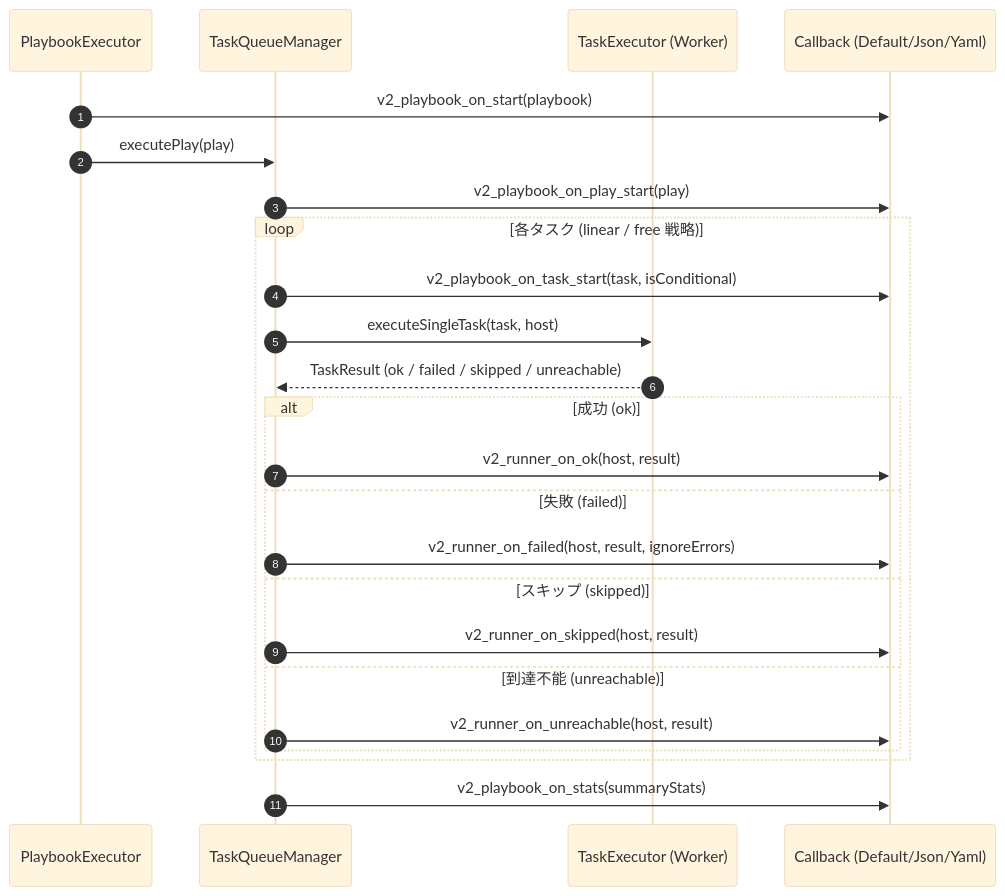
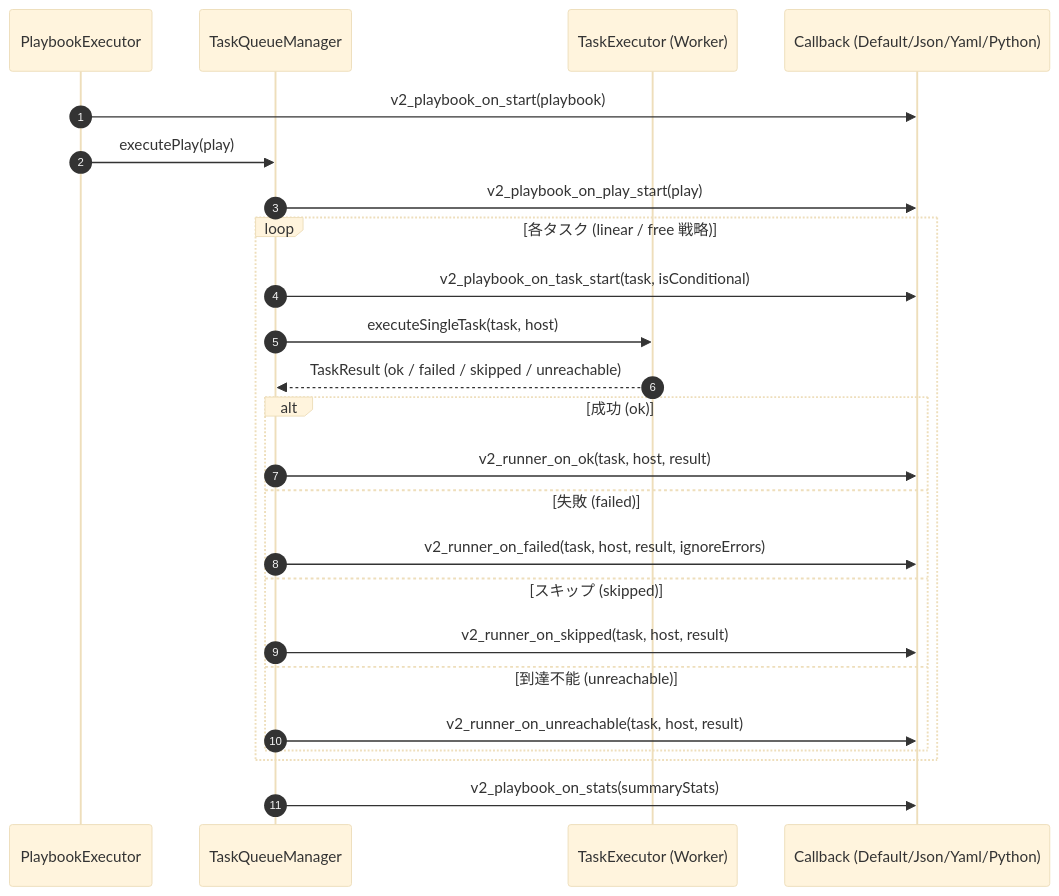
Before and after one commit to yamanakahirofumi/graal-ansible: the diagram in docs/implementation/Callback-Plugins.md, drawn with Mermaid (base theme). The commit also changed other lines of this file and 1 other file, not shown here.

````diff
--- a/docs/implementation/Callback-Plugins.md
+++ b/docs/implementation/Callback-Plugins.md
@@ -68,27 +79,27 @@
 ```mermaid
 sequenceDiagram
     autonumber
     participant PE as PlaybookExecutor
     participant TQM as TaskQueueManager
     participant TE as TaskExecutor (Worker)
-    participant CB as Callback (Default/Json/Yaml)
+    participant CB as Callback (Default/Json/Yaml/Python)
 
     PE->>CB: v2_playbook_on_start(playbook)
     PE->>TQM: executePlay(play)
     TQM->>CB: v2_playbook_on_play_start(play)
     loop 各タスク (linear / free 戦略)
         TQM->>CB: v2_playbook_on_task_start(task, isConditional)
         TQM->>TE: executeSingleTask(task, host)
         TE-->>TQM: TaskResult (ok / failed / skipped / unreachable)
         alt 成功 (ok)
-            TQM->>CB: v2_runner_on_ok(host, result)
+            TQM->>CB: v2_runner_on_ok(task, host, result)
         else 失敗 (failed)
-            TQM->>CB: v2_runner_on_failed(host, result, ignoreErrors)
+            TQM->>CB: v2_runner_on_failed(task, host, result, ignoreErrors)
         else スキップ (skipped)
-            TQM->>CB: v2_runner_on_skipped(host, result)
+            TQM->>CB: v2_runner_on_skipped(task, host, result)
         else 到達不能 (unreachable)
-            TQM->>CB: v2_runner_on_unreachable(host, result)
+            TQM->>CB: v2_runner_on_unreachable(task, host, result)
         end
     end
     TQM->>CB: v2_playbook_on_stats(summaryStats)
 ```
````
